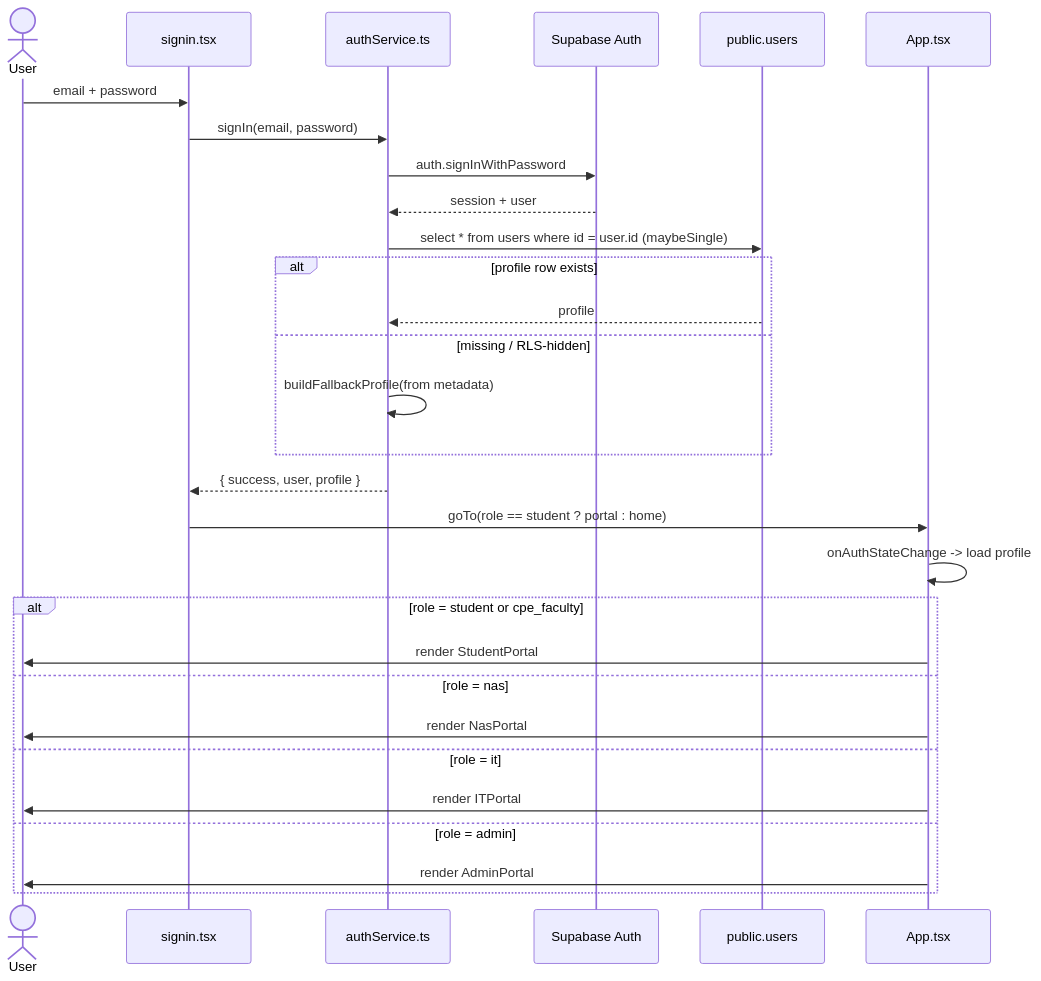
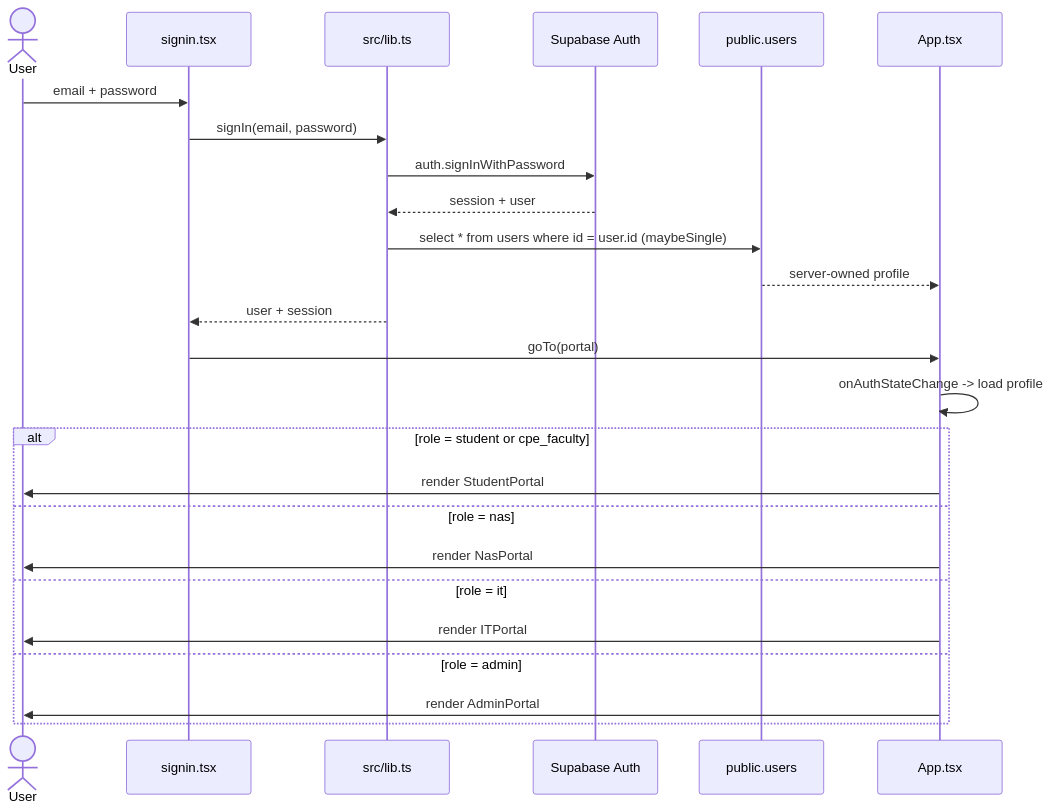
Before and after one commit to SeanixReal/Jobelonese: the second of 8 diagrams in docs/WORKFLOWS.md, drawn with Mermaid. The commit also changed other lines of this file and 20 other files, not shown here.

````diff
--- a/docs/WORKFLOWS.md
+++ b/docs/WORKFLOWS.md
@@ -33,32 +35,28 @@
 ```mermaid
 sequenceDiagram
     actor U as User
     participant F as signin.tsx
-    participant A as authService.ts
+    participant A as src/lib.ts
     participant S as Supabase Auth
     participant DB as public.users
     participant APP as App.tsx
 
     U->>F: email + password
     F->>A: signIn(email, password)
     A->>S: auth.signInWithPassword
     S-->>A: session + user
     A->>DB: select * from users where id = user.id (maybeSingle)
-    alt profile row exists
-        DB-->>A: profile
-    else missing / RLS-hidden
-        A->>A: buildFallbackProfile(from metadata)
-    end
-    A-->>F: { success, user, profile }
-    F->>APP: goTo(role == student ? portal : home)
+    DB-->>APP: server-owned profile
+    A-->>F: user + session
+    F->>APP: goTo(portal)
     APP->>APP: onAuthStateChange -> load profile
     alt role = student or cpe_faculty
         APP->>U: render StudentPortal
     else role = nas
         APP->>U: render NasPortal
     else role = it
         APP->>U: render ITPortal
     else role = admin
         APP->>U: render AdminPortal
     end
 ```
````
